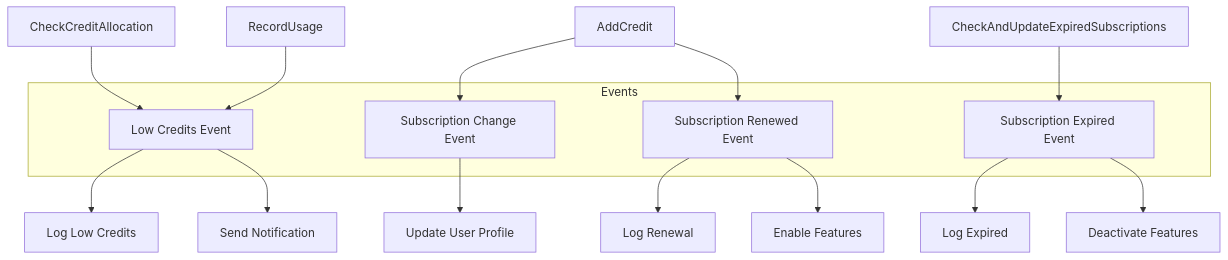
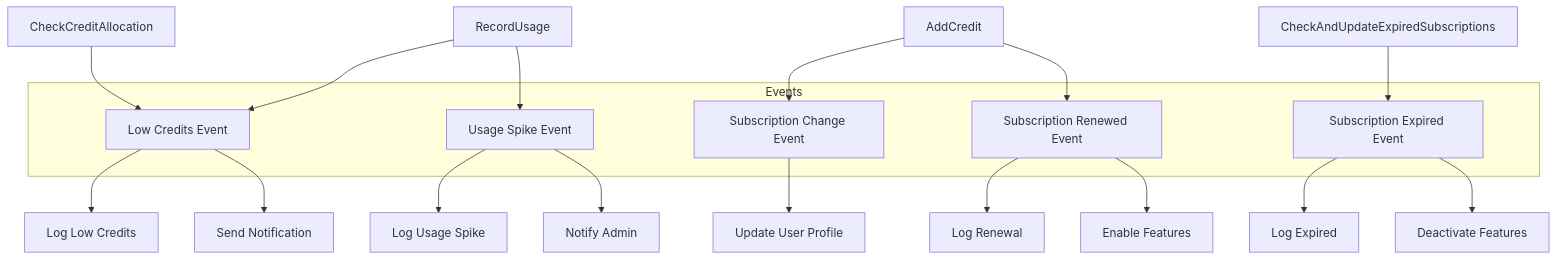
The fourth of 5 diagrams in server/src/modules/subscription/module_diagram.md (codebridger/subturtle-dashboard-app), drawn with Mermaid before and after one commit. The commit also changed other lines of this file and 1 other file, not shown here.

Commit message:
doc: update module diagram and README to include usage spike event and related metadata; enhance documentation on subscription model fields

````diff
--- a/server/src/modules/subscription/module_diagram.md
+++ b/server/src/modules/subscription/module_diagram.md
@@ -203,26 +205,30 @@
 ```mermaid
 flowchart TD
     %% Events
     subgraph Events
         A[Low Credits Event]
         B[Subscription Change Event]
         D[Subscription Expired Event]
         E[Subscription Renewed Event]
+        F[Usage Spike Event]
     end
     
     %% Triggers
     CheckCreditAllocation --> A
     RecordUsage --> A
+    RecordUsage --> F
     AddCredit --> B
     AddCredit --> E
     CheckAndUpdateExpiredSubscriptions --> D
     
     %% Handlers
     A --> LogLowCredits[Log Low Credits]
     A --> SendNotification[Send Notification]
     B --> UpdateUserProfile[Update User Profile]
     D --> LogExpired[Log Expired]
     D --> DeactivateFeatures[Deactivate Features]
     E --> LogRenewal[Log Renewal]
     E --> EnableFeatures[Enable Features]
+    F --> LogUsageSpike[Log Usage Spike]
+    F --> NotifyAdmin[Notify Admin]
 ```
````
